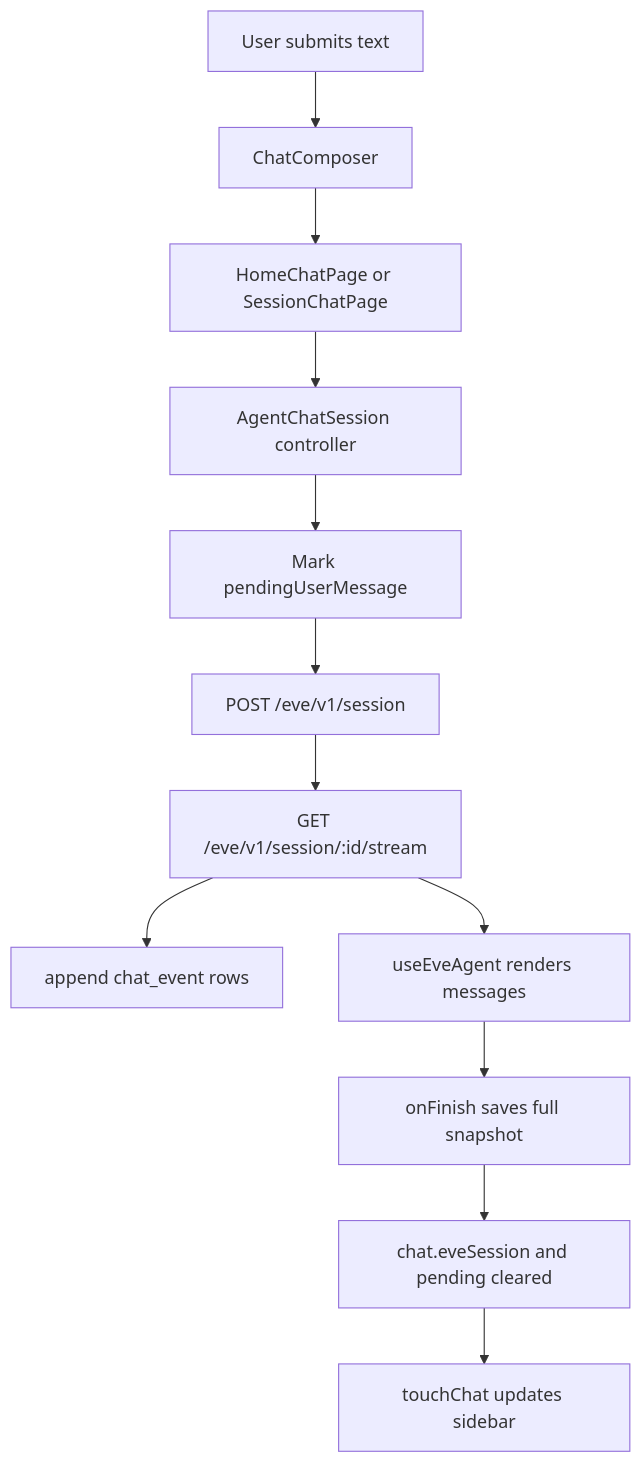
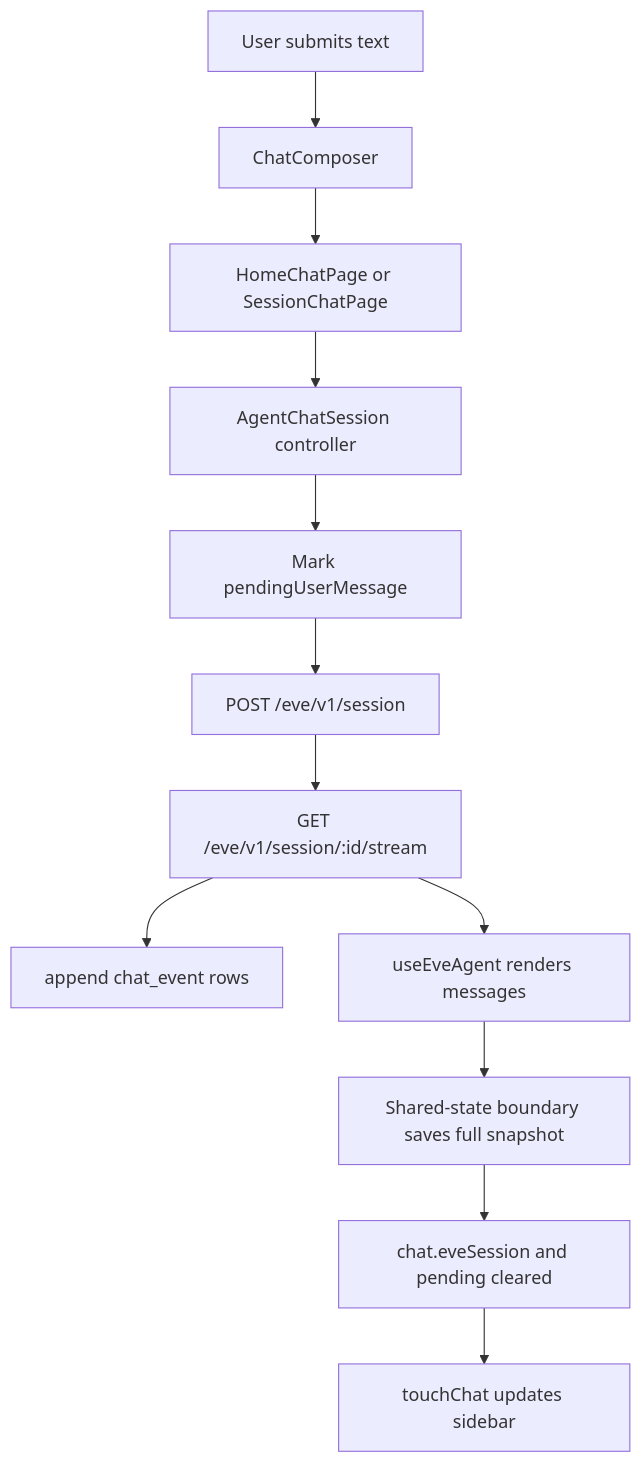
Before and after one commit to B-Step62/eve: the diagram in apps/templates/eve-chat-template/docs/how-the-chatbot-works.md, drawn with Mermaid. The commit also changed other lines of this file and 85 other files, not shown here.

````diff
--- a/apps/templates/eve-chat-template/docs/how-the-chatbot-works.md
+++ b/apps/templates/eve-chat-template/docs/how-the-chatbot-works.md
@@ -918,14 +836,14 @@
 ```mermaid
 flowchart TD
   User["User submits text"] --> Composer["ChatComposer"]
   Composer --> Page["HomeChatPage or SessionChatPage"]
   Page --> Controller["AgentChatSession controller"]
   Controller --> Pending["Mark pendingUserMessage"]
   Pending --> EvePost["POST /eve/v1/session"]
   EvePost --> Stream["GET /eve/v1/session/:id/stream"]
   Stream --> EventRows["append chat_event rows"]
   Stream --> UI["useEveAgent renders messages"]
-  UI --> Snapshot["onFinish saves full snapshot"]
+  UI --> Snapshot["Shared-state boundary saves full snapshot"]
   Snapshot --> ChatRow["chat.eveSession and pending cleared"]
   ChatRow --> Sidebar["touchChat updates sidebar"]
 ```
````
